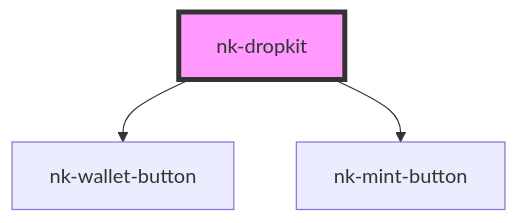
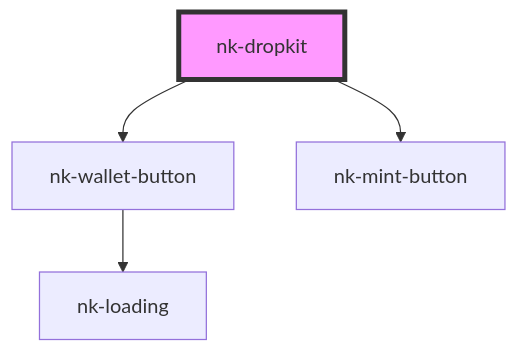
One commit to niftykit-inc/components changed the diagram in src/components/nk-dropkit/readme.md. Above: the diagram before and after it, drawn with Mermaid. The commit also changed 3 other files, not shown here.

````diff
--- a/src/components/nk-dropkit/readme.md
+++ b/src/components/nk-dropkit/readme.md
@@ -25,6 +25,7 @@
 ```mermaid
 graph TD;
   nk-dropkit --> nk-wallet-button
   nk-dropkit --> nk-mint-button
+  nk-wallet-button --> nk-loading
   style nk-dropkit fill:#f9f,stroke:#333,stroke-width:4px
 ```
````
